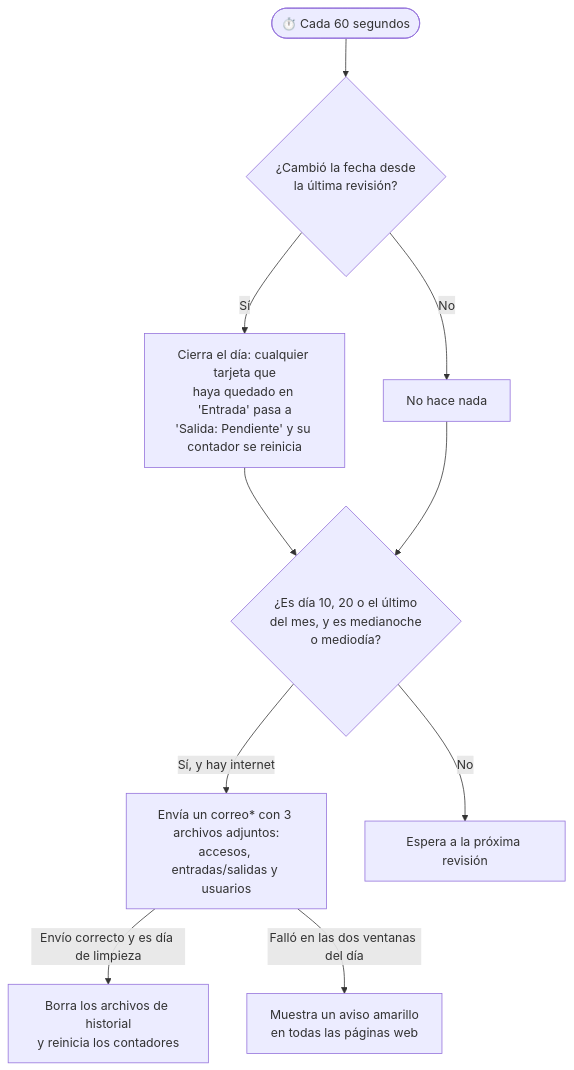
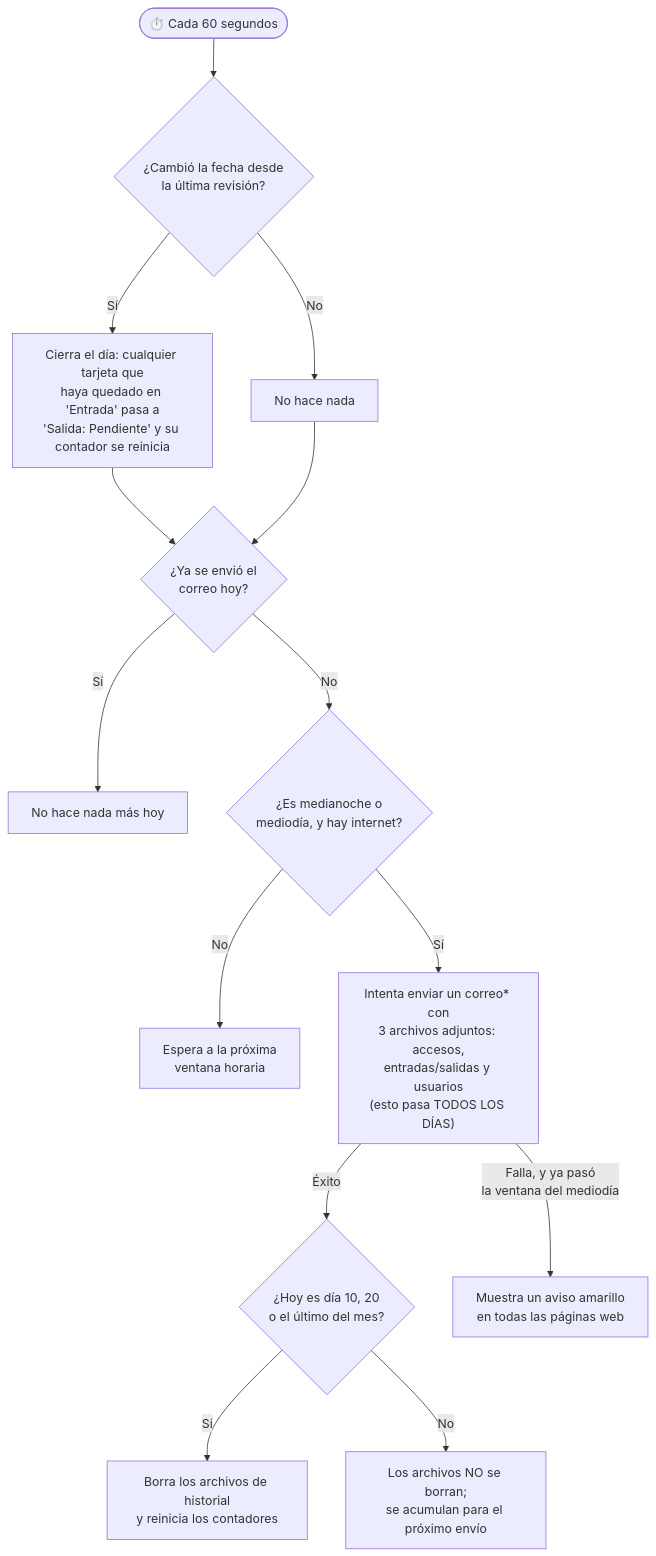
Before and after one commit to daniel2048f/TarjetasNFC: the third of 3 diagrams in CODIGO.md, drawn with Mermaid. The commit also changed other lines of this file and 1 other file, not shown here.

````diff
--- a/CODIGO.md
+++ b/CODIGO.md
@@ -579,12 +591,16 @@
 ```mermaid
 flowchart TD
     S(["⏱️ Cada 60 segundos"]) --> T{"¿Cambió la fecha desde<br>la última revisión?"}
     T -- Sí --> U["Cierra el día: cualquier tarjeta que<br>haya quedado en 'Entrada' pasa a<br>'Salida: Pendiente' y su contador se reinicia"]
     T -- No --> V["No hace nada"]
-    U --> W{"¿Es día 10, 20 o el último<br>del mes, y es medianoche<br>o mediodía?"}
+    U --> W{"¿Ya se envió el<br>correo hoy?"}
     V --> W
-    W -- "Sí, y hay internet" --> X["Envía un correo* con 3 archivos adjuntos:<br>accesos, entradas/salidas y usuarios"]
-    W -- No --> Y["Espera a la próxima revisión"]
-    X -- "Envío correcto y es día de limpieza" --> Z["Borra los archivos de historial<br>y reinicia los contadores"]
-    X -- "Falló en las dos ventanas del día" --> AA["Muestra un aviso amarillo<br>en todas las páginas web"]
+    W -- Sí --> Y1["No hace nada más hoy"]
+    W -- No --> W2{"¿Es medianoche o<br>mediodía, y hay internet?"}
+    W2 -- No --> Y2["Espera a la próxima<br>ventana horaria"]
+    W2 -- Sí --> X["Intenta enviar un correo* con<br>3 archivos adjuntos: accesos,<br>entradas/salidas y usuarios<br>(esto pasa TODOS LOS DÍAS)"]
+    X -- Éxito --> AB{"¿Hoy es día 10, 20<br>o el último del mes?"}
+    AB -- Sí --> Z["Borra los archivos de historial<br>y reinicia los contadores"]
+    AB -- No --> AC["Los archivos NO se borran;<br>se acumulan para el próximo envío"]
+    X -- "Falla, y ya pasó<br>la ventana del mediodía" --> AA["Muestra un aviso amarillo<br>en todas las páginas web"]
 ```
````
